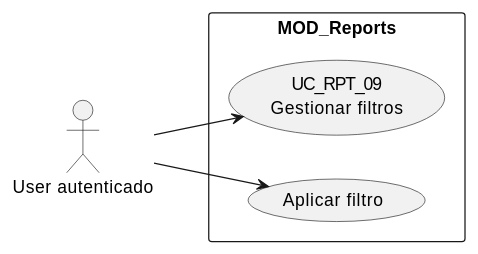
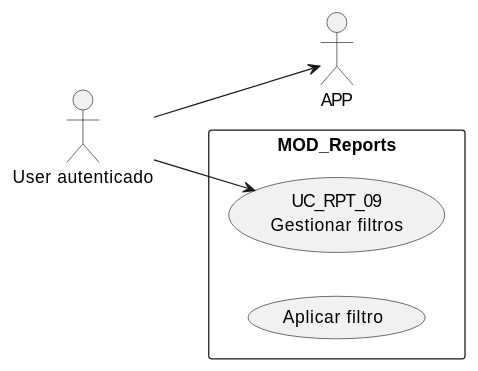
One commit to jcg-admin/IACT-docs changed the diagram in source/requisitos/casos-uso/reports/uc-rpt-09/diagramas-uml/diagrama-de-caso-de-uso.rst. Above: the diagram before and after it, drawn with PlantUML. The commit also changed 47 other files, not shown here.

First line of the commit message:
Fix cryptic PlantUML aliases in UC and architecture files (STD_011)

```diff
--- a/source/requisitos/casos-uso/reports/uc-rpt-09/diagramas-uml/diagrama-de-caso-de-uso.rst
+++ b/source/requisitos/casos-uso/reports/uc-rpt-09/diagramas-uml/diagrama-de-caso-de-uso.rst
@@ -4,13 +4,13 @@
 .. uml::
  :caption: UC_RPT_09 — filtros
 
  @startuml
  left to right direction
  actor "User autenticado" as UserAutenticado
  rectangle "MOD_Reports" {
    usecase "UC_RPT_09\nGestionar filtros" as UC09
-   usecase "Aplicar filtro" as APP
+   usecase "Aplicar filtro" as AplicacionFrontend
  }
  UserAutenticado --> UC09
  UserAutenticado --> APP
  @enduml
```
